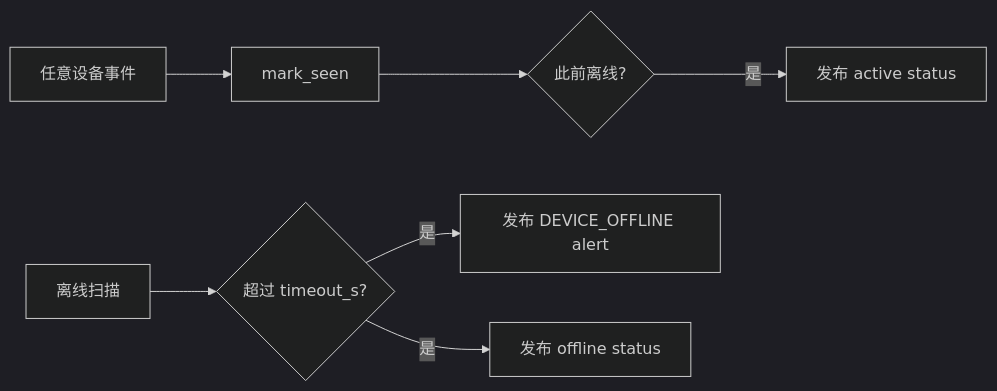
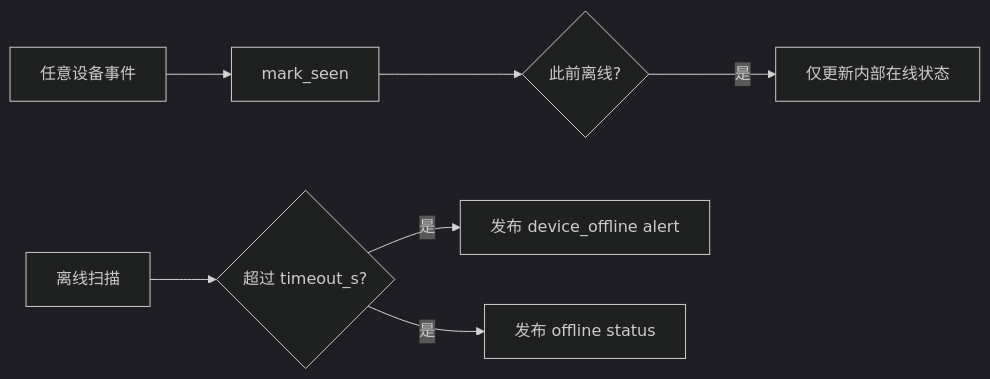
One commit to MC-ALL/motion_sense changed the fourth of 6 diagrams in gateway/edge_processor/README.md. Above: the diagram before and after it, drawn with Mermaid (dark theme). The commit also changed other lines of this file and 3 other files, not shown here.

Commit message:
docs(gateway): align mqtt docs with schema rc1

````diff
--- a/gateway/edge_processor/README.md
+++ b/gateway/edge_processor/README.md
@@ -826,9 +790,9 @@
 ```mermaid
 flowchart LR
   Event[任意设备事件] --> Seen[mark_seen]
   Seen --> Recover{此前离线?}
-  Recover -- 是 --> Online[发布 active status]
+  Recover -- 是 --> Internal[仅更新内部在线状态]
   Timer[离线扫描] --> Timeout{超过 timeout_s?}
-  Timeout -- 是 --> OfflineAlert[发布 DEVICE_OFFLINE alert]
+  Timeout -- 是 --> OfflineAlert[发布 device_offline alert]
   Timeout -- 是 --> OfflineStatus[发布 offline status]
 ```
````
